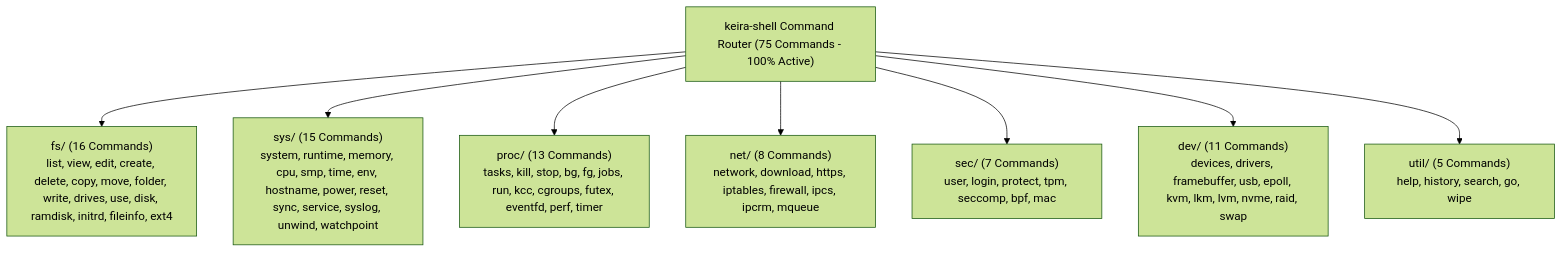
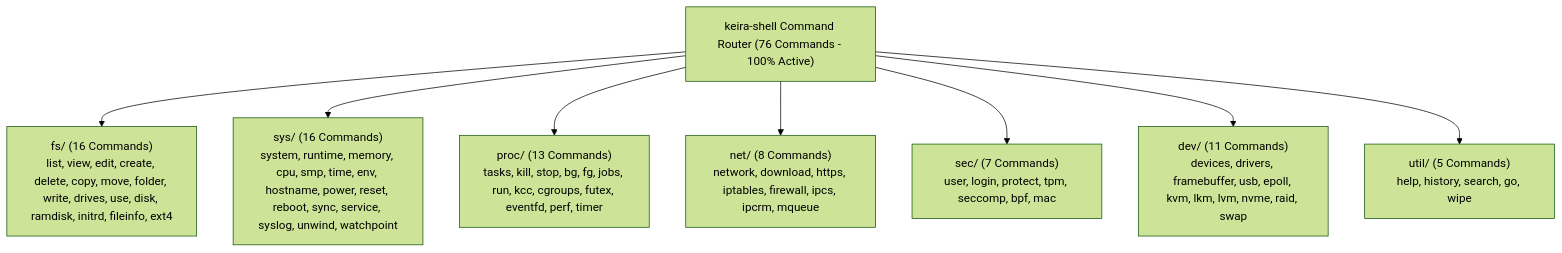
Before and after one commit to mrvlous/keira: the diagram in docs/shell/commands/README.md, drawn with Mermaid (forest theme). The commit also changed other lines of this file and 8 other files, not shown here.

````diff
--- a/docs/shell/commands/README.md
+++ b/docs/shell/commands/README.md
@@ -11,10 +11,10 @@
 ```mermaid
 graph TD
-    Shell["keira-shell Command Router (75 Commands - 100% Active)"] --> FS["fs/ (16 Commands)<br/>list, view, edit, create, delete, copy, move, folder, write, drives, use, disk, ramdisk, initrd, fileinfo, ext4"]
-    Shell --> Sys["sys/ (15 Commands)<br/>system, runtime, memory, cpu, smp, time, env, hostname, power, reset, sync, service, syslog, unwind, watchpoint"]
+    Shell["keira-shell Command Router (76 Commands - 100% Active)"] --> FS["fs/ (16 Commands)<br/>list, view, edit, create, delete, copy, move, folder, write, drives, use, disk, ramdisk, initrd, fileinfo, ext4"]
+    Shell --> Sys["sys/ (16 Commands)<br/>system, runtime, memory, cpu, smp, time, env, hostname, power, reset, reboot, sync, service, syslog, unwind, watchpoint"]
     Shell --> Proc["proc/ (13 Commands)<br/>tasks, kill, stop, bg, fg, jobs, run, kcc, cgroups, futex, eventfd, perf, timer"]
     Shell --> Net["net/ (8 Commands)<br/>network, download, https, iptables, firewall, ipcs, ipcrm, mqueue"]
     Shell --> Sec["sec/ (7 Commands)<br/>user, login, protect, tpm, seccomp, bpf, mac"]
     Shell --> Dev["dev/ (11 Commands)<br/>devices, drivers, framebuffer, usb, epoll, kvm, lkm, lvm, nvme, raid, swap"]
     Shell --> Util["util/ (5 Commands)<br/>help, history, search, go, wipe"]
 ```
````
